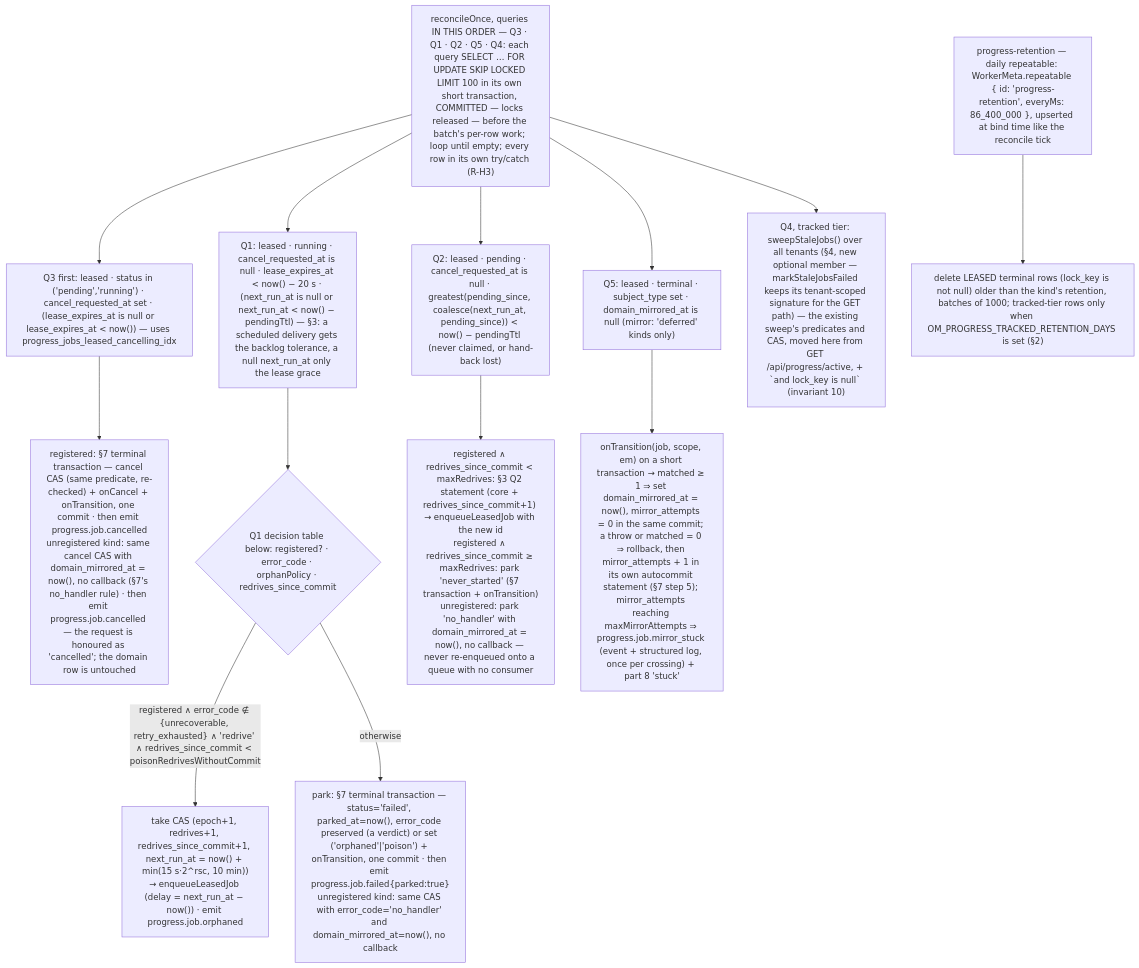
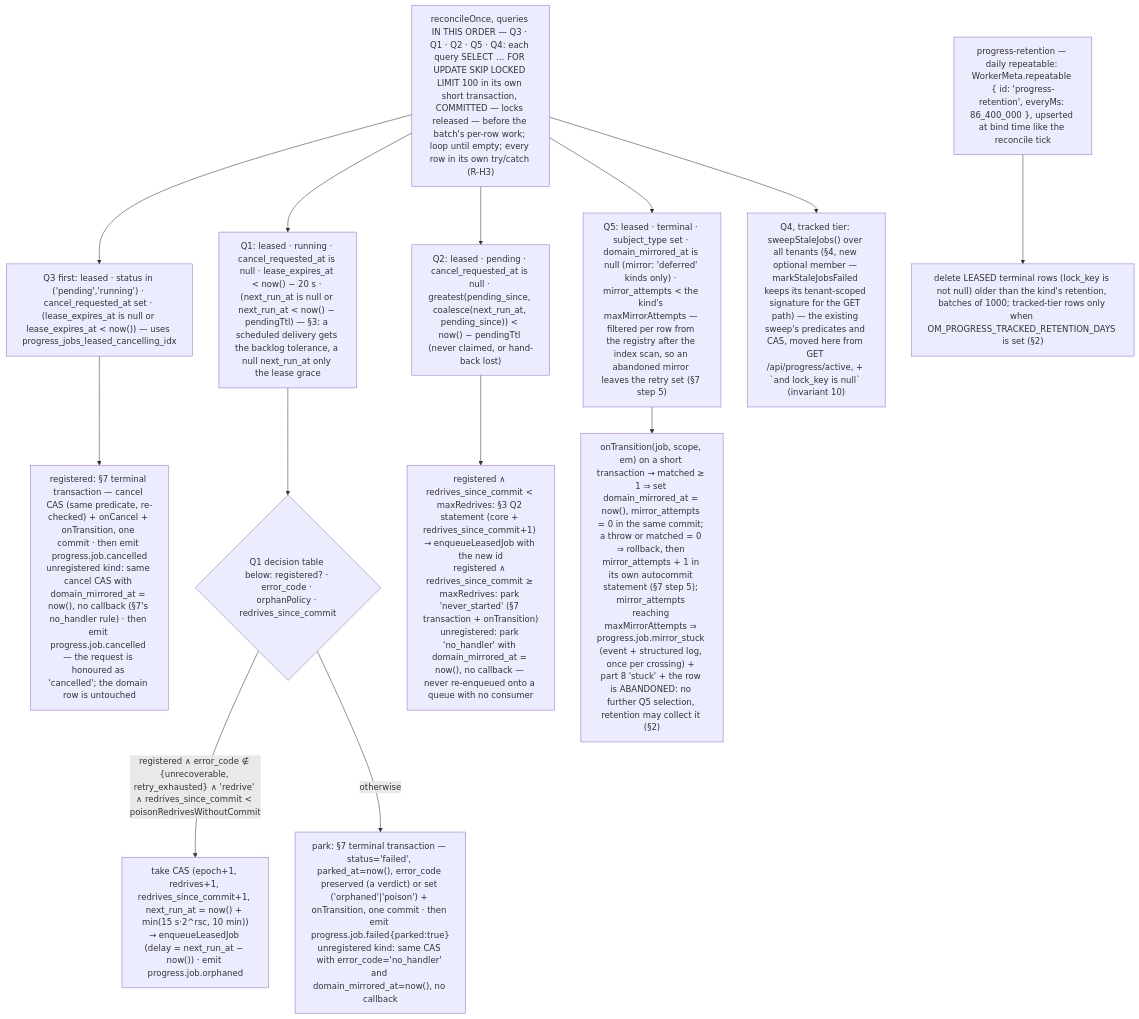
One commit to open-mercato/open-mercato changed the diagram in .ai/specs/2026-08-21-background-work-06-leased-jobs-in-progress.md. Above: the diagram before and after it, drawn with Mermaid. The commit also changed other lines of this file and 3 other files, not shown here.

First line of the commit message:
docs(specs): round 11 — fence the cancel cascade to the leased tier, bound the deferred mirror, drop the backfill

````diff
--- a/.ai/specs/2026-08-21-background-work-06-leased-jobs-in-progress.md
+++ b/.ai/specs/2026-08-21-background-work-06-leased-jobs-in-progress.md
@@ -392,16 +392,16 @@
 ```mermaid
 flowchart TB
   T["reconcileOnce, queries IN THIS ORDER — Q3 · Q1 · Q2 · Q5 · Q4: each query SELECT … FOR UPDATE SKIP LOCKED LIMIT 100 in its own short transaction, COMMITTED — locks released — before the batch's per-row work; loop until empty; every row in its own try/catch (R-H3)"]
   T --> Q3["Q3 first: leased · status in ('pending','running') · cancel_requested_at set · (lease_expires_at is null or lease_expires_at < now()) — uses progress_jobs_leased_cancelling_idx"]
   Q3 --> C["registered: §7 terminal transaction — cancel CAS (same predicate, re-checked) + onCancel + onTransition, one commit · then emit progress.job.cancelled<br/>unregistered kind: same cancel CAS with domain_mirrored_at = now(), no callback (§7's no_handler rule) · then emit progress.job.cancelled — the request is honoured as 'cancelled'; the domain row is untouched"]
   T --> Q1["Q1: leased · running · cancel_requested_at is null · lease_expires_at < now() − 20 s · (next_run_at is null or next_run_at < now() − pendingTtl) — §3: a scheduled delivery gets the backlog tolerance, a null next_run_at only the lease grace"]
   Q1 --> POL{"Q1 decision table below: registered? · error_code · orphanPolicy · redrives_since_commit"}
   POL -->|"registered ∧ error_code ∉ {unrecoverable, retry_exhausted} ∧ 'redrive' ∧ redrives_since_commit < poisonRedrivesWithoutCommit"| RE["take CAS (epoch+1, redrives+1, redrives_since_commit+1, next_run_at = now() + min(15 s·2^rsc, 10 min))<br/>→ enqueueLeasedJob (delay = next_run_at − now()) · emit progress.job.orphaned"]
   POL -->|otherwise| PK["park: §7 terminal transaction — status='failed', parked_at=now(), error_code preserved (a verdict) or set ('orphaned'|'poison') + onTransition, one commit · then emit progress.job.failed{parked:true}<br/>unregistered kind: same CAS with error_code='no_handler' and domain_mirrored_at=now(), no callback"]
   T --> Q2["Q2: leased · pending · cancel_requested_at is null · greatest(pending_since, coalesce(next_run_at, pending_since)) < now() − pendingTtl (never claimed, or hand-back lost)"]
   Q2 --> RE2["registered ∧ redrives_since_commit < maxRedrives: §3 Q2 statement (core + redrives_since_commit+1) → enqueueLeasedJob with the new id<br/>registered ∧ redrives_since_commit ≥ maxRedrives: park 'never_started' (§7 transaction + onTransition)<br/>unregistered: park 'no_handler' with domain_mirrored_at = now(), no callback — never re-enqueued onto a queue with no consumer"]
-  T --> Q5["Q5: leased · terminal · subject_type set · domain_mirrored_at is null (mirror: 'deferred' kinds only)"]
-  Q5 --> M["onTransition(job, scope, em) on a short transaction → matched ≥ 1 ⇒ set domain_mirrored_at = now(), mirror_attempts = 0 in the same commit; a throw or matched = 0 ⇒ rollback, then mirror_attempts + 1 in its own autocommit statement (§7 step 5); mirror_attempts reaching maxMirrorAttempts ⇒ progress.job.mirror_stuck (event + structured log, once per crossing) + part 8 'stuck'"]
+  T --> Q5["Q5: leased · terminal · subject_type set · domain_mirrored_at is null (mirror: 'deferred' kinds only) · mirror_attempts < the kind's maxMirrorAttempts — filtered per row from the registry after the index scan, so an abandoned mirror leaves the retry set (§7 step 5)"]
+  Q5 --> M["onTransition(job, scope, em) on a short transaction → matched ≥ 1 ⇒ set domain_mirrored_at = now(), mirror_attempts = 0 in the same commit; a throw or matched = 0 ⇒ rollback, then mirror_attempts + 1 in its own autocommit statement (§7 step 5); mirror_attempts reaching maxMirrorAttempts ⇒ progress.job.mirror_stuck (event + structured log, once per crossing) + part 8 'stuck' + the row is ABANDONED: no further Q5 selection, retention may collect it (§2)"]
   T --> Q4["Q4, tracked tier: sweepStaleJobs() over all tenants (§4, new optional member — markStaleJobsFailed keeps its tenant-scoped signature for the GET path) — the existing sweep's predicates and CAS, moved here from GET /api/progress/active, + `and lock_key is null` (invariant 10)"]
   D["progress-retention — daily repeatable: WorkerMeta.repeatable { id: 'progress-retention', everyMs: 86_400_000 }, upserted at bind time like the reconcile tick"] --> R["delete LEASED terminal rows (lock_key is not null) older than the kind's retention, batches of 1000; tracked-tier rows only when OM_PROGRESS_TRACKED_RETENTION_DAYS is set (§2)"]
 ```
````
